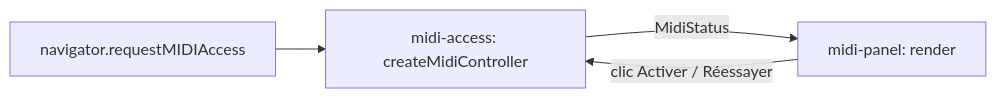
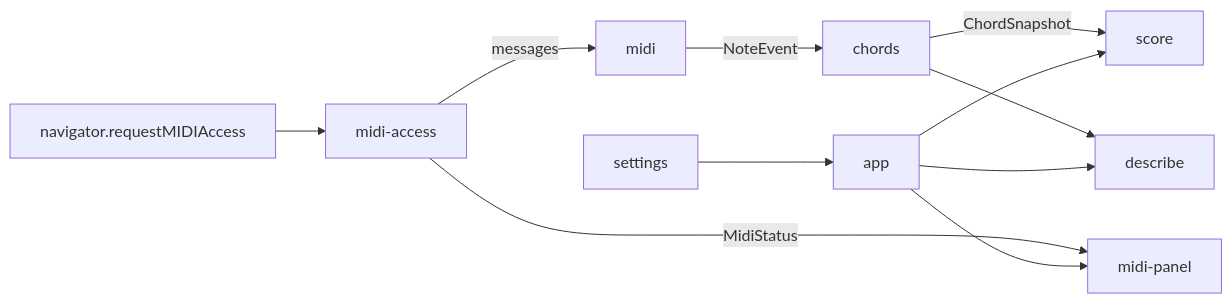
Before and after one commit to neolao/piano-midi-visualizer: the diagram in docs/architecture.md, drawn with Mermaid. The commit also changed other lines of this file and 9 other files, not shown here.

````diff
--- a/docs/architecture.md
+++ b/docs/architecture.md
@@ -14,6 +21,13 @@
 ```mermaid
 flowchart LR
-  Navigateur[navigator.requestMIDIAccess] --> Controleur[midi-access: createMidiController]
-  Controleur -- MidiStatus --> Panneau[midi-panel: render]
-  Panneau -- clic Activer / Réessayer --> Controleur
+  Navigateur[navigator.requestMIDIAccess] --> Acces[midi-access]
+  Acces -- messages --> Decodage[midi]
+  Decodage -- NoteEvent --> Accords[chords]
+  Acces -- MidiStatus --> Panneau[midi-panel]
+  Accords -- ChordSnapshot --> Partition[score]
+  Accords --> Description[describe]
+  Reglages[settings] --> App[app]
+  App --> Panneau
+  App --> Partition
+  App --> Description
 ```
````
